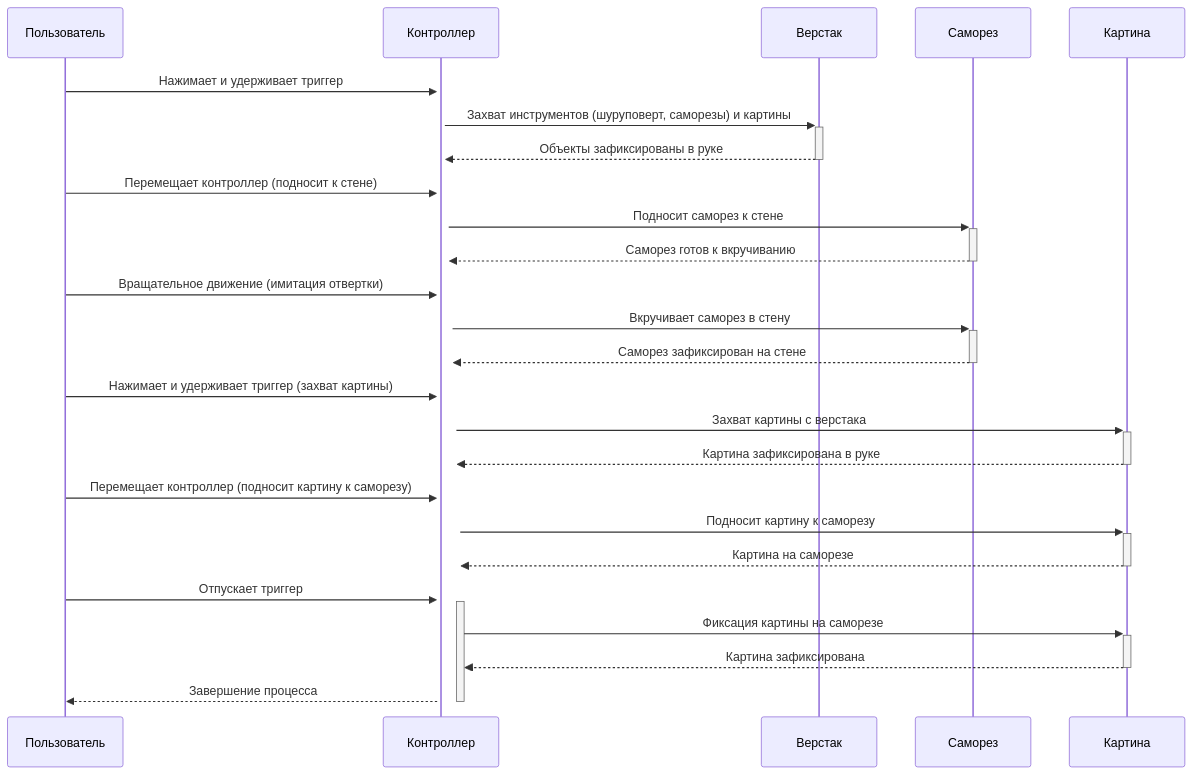
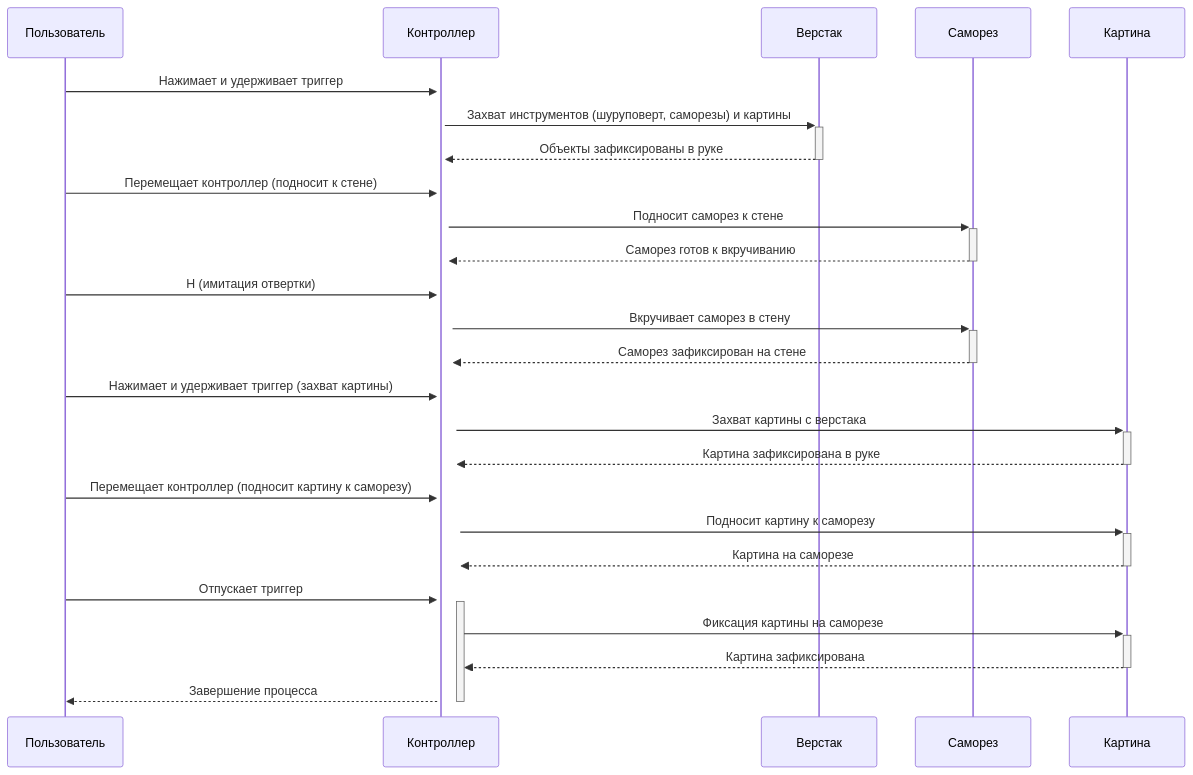
One commit to NerdyCep/iodraw-files changed the diagram in all/не называться-1.md. Above: the diagram before and after it, drawn with Mermaid.

Commit message:
2025-02-25 18:24:05 update

````diff
--- a/all/не называться-1.md
+++ b/all/не называться-1.md
@@ -1,29 +1,29 @@
 ```mermaid
 sequenceDiagram
     participant Пользователь
     participant Контроллер
     participant Верстак
     participant Саморез
     participant Картина
     
 
     Пользователь->>+Контроллер: Нажимает и удерживает триггер
     Контроллер->>+Верстак: Захват инструментов (шуруповерт, саморезы) и картины
     Верстак-->>-Контроллер: Объекты зафиксированы в руке
     Пользователь->>+Контроллер: Перемещает контроллер (подносит к стене)
     Контроллер->>+Саморез: Подносит саморез к стене
     Саморез-->>-Контроллер: Саморез готов к вкручиванию
-    Пользователь->>+Контроллер: Вращательное движение (имитация отвертки)
+    Пользователь->>+Контроллер: Н (имитация отвертки)
     Контроллер->>+Саморез: Вкручивает саморез в стену
     Саморез-->>-Контроллер: Саморез зафиксирован на стене
     Пользователь->>+Контроллер: Нажимает и удерживает триггер (захват картины)
     Контроллер->>+Картина: Захват картины с верстака
     Картина-->>-Контроллер: Картина зафиксирована в руке
     Пользователь->>+Контроллер: Перемещает контроллер (подносит картину к саморезу)
     Контроллер->>+Картина: Подносит картину к саморезу
     Картина-->>-Контроллер: Картина на саморезе
     Пользователь->>+Контроллер: Отпускает триггер
     Контроллер->>+Картина: Фиксация картины на саморезе
     Картина-->>-Контроллер: Картина зафиксирована
     Контроллер-->>-Пользователь: Завершение процесса
 ```
````
